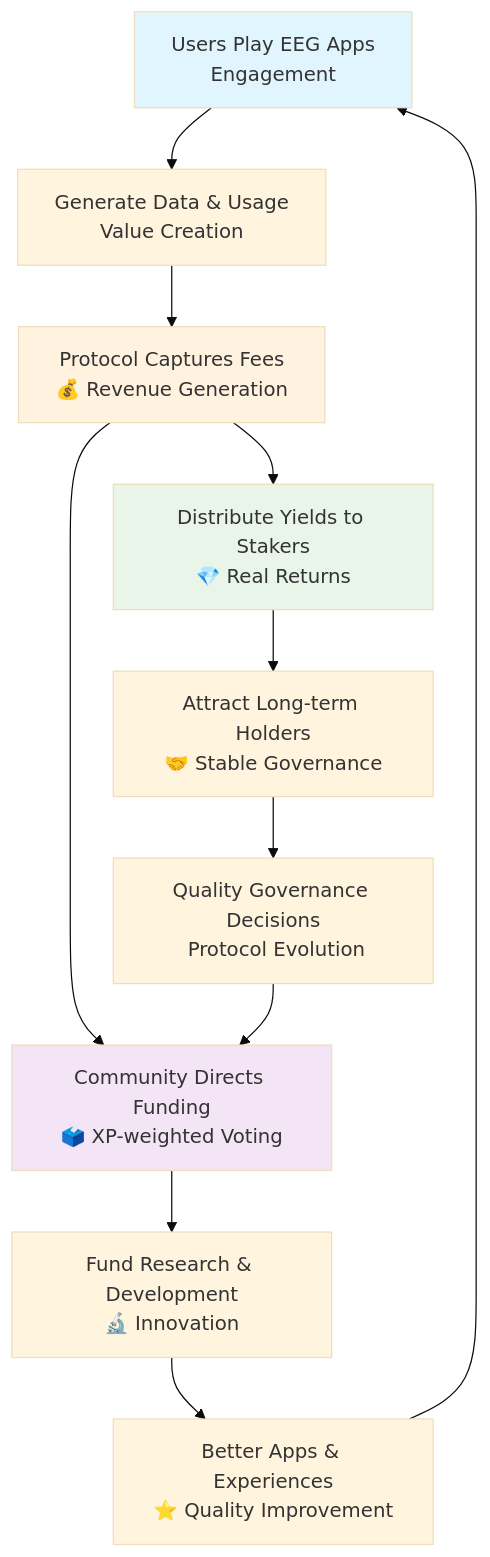
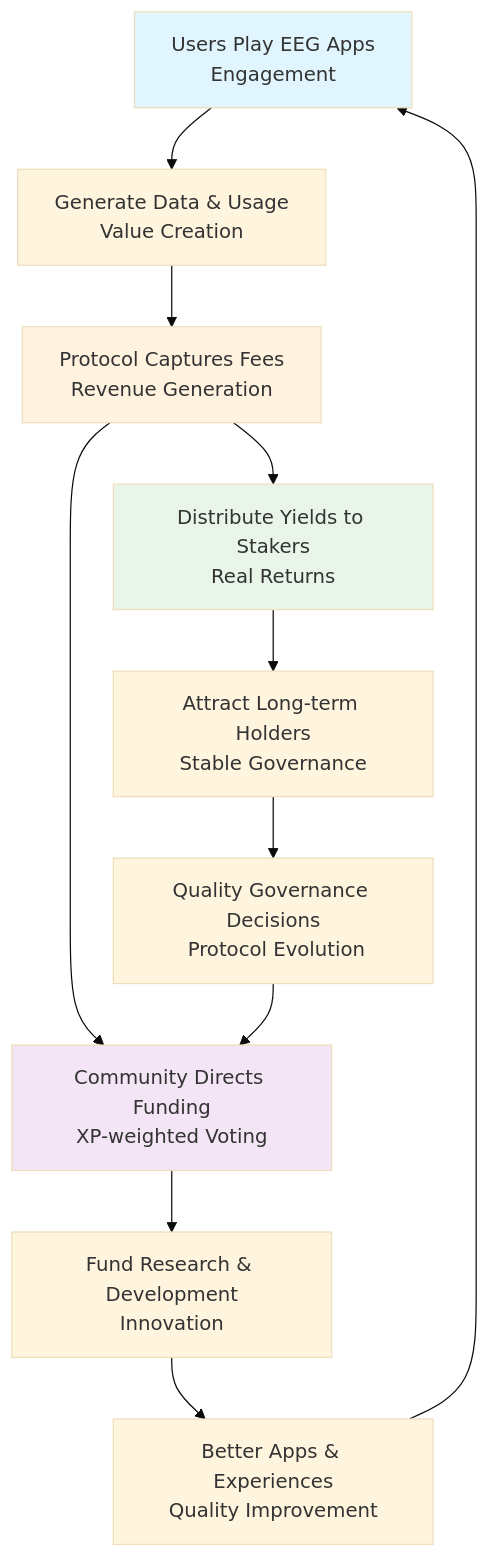
The second of 10 diagrams in README.md (Elata-Biosciences/elata-protocol), drawn with Mermaid (base theme) before and after one commit. The commit also changed other lines of this file and 41 other files, not shown here.

````diff
--- a/README.md
+++ b/README.md
@@ -60,19 +60,19 @@
 ```mermaid
 graph TD
     A[Users Play EEG Apps<br/> Engagement] --> B[Generate Data & Usage<br/> Value Creation]
-    B --> C[Protocol Captures Fees<br/>💰 Revenue Generation]
-    C --> D[Community Directs Funding<br/>🗳️ XP-weighted Voting]
-    D --> E[Fund Research & Development<br/>🔬 Innovation]
-    E --> F[Better Apps & Experiences<br/>⭐ Quality Improvement]
+    B --> C[Protocol Captures Fees<br/>Revenue Generation]
+    C --> D[Community Directs Funding<br/>XP-weighted Voting]
+    D --> E[Fund Research & Development<br/>Innovation]
+    E --> F[Better Apps & Experiences<br/>Quality Improvement]
     F --> A
     
-    C --> G[Distribute Yields to Stakers<br/>💎 Real Returns]
-    G --> H[Attract Long-term Holders<br/>🤝 Stable Governance]
+    C --> G[Distribute Yields to Stakers<br/>Real Returns]
+    G --> H[Attract Long-term Holders<br/>Stable Governance]
     H --> I[Quality Governance Decisions<br/> Protocol Evolution]
     I --> D
     
     style A fill:#e1f5fe
     style C fill:#fff3e0
     style D fill:#f3e5f5
     style G fill:#e8f5e8
 ```
````
